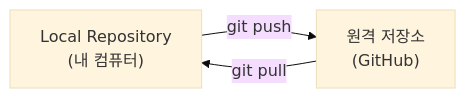
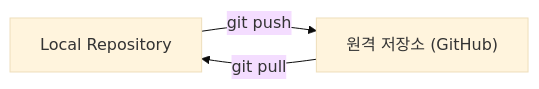
One commit to SeungBinYang/my-blog changed the second of 4 diagrams in _posts/2026-08-31-git-week1-commands.md. Above: the diagram before and after it, drawn with Mermaid (base theme). The commit also changed other lines of this file, not shown here.

```diff
--- a/_posts/2026-08-31-git-week1-commands.md
+++ b/_posts/2026-08-31-git-week1-commands.md
@@ -102,5 +94,5 @@
 <pre class="mermaid">
 flowchart LR
-    L["Local Repository<br/>(내 컴퓨터)"] -- "git push" --> Rmt["원격 저장소<br/>(GitHub)"]
+    L["Local Repository"] -- "git push" --> Rmt["원격 저장소 (GitHub)"]
     Rmt -- "git pull" --> L
 </pre>
```
